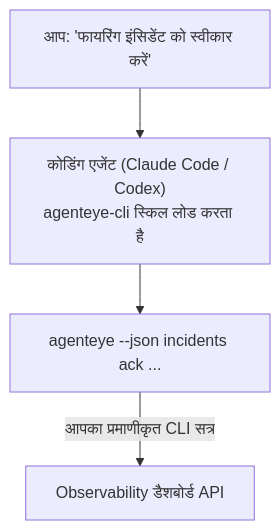
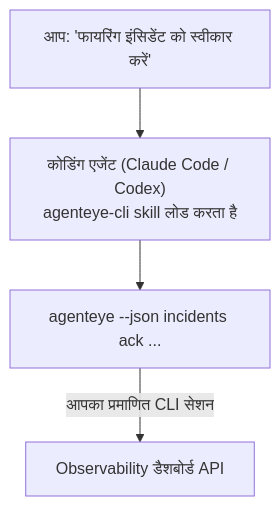
The diagram in docs/hi/agenteye/cli-skill.mdx (FailproofAI/failproofai), drawn with Mermaid before and after one commit. The commit also changed other lines of this file and 650 other files, not shown here.

````diff
--- a/docs/hi/agenteye/cli-skill.mdx
+++ b/docs/hi/agenteye/cli-skill.mdx
@@ -29,6 +29,6 @@
 ```mermaid
 flowchart TD
-    YOU["आप: 'फायरिंग इंसिडेंट को स्वीकार करें'"] --> AGENT["कोडिंग एजेंट (Claude Code / Codex)<br/>agenteye-cli स्किल लोड करता है"]
+    YOU["आप: 'फायरिंग इंसिडेंट को स्वीकार करें'"] --> AGENT["कोडिंग एजेंट (Claude Code / Codex)<br/>agenteye-cli skill लोड करता है"]
     AGENT --> CLI["agenteye --json incidents ack ..."]
-    CLI -->|आपका प्रमाणीकृत CLI सत्र| API["Observability डैशबोर्ड API"]
+    CLI -->|आपका प्रमाणित CLI सेशन| API["Observability डैशबोर्ड API"]
 ```
````
